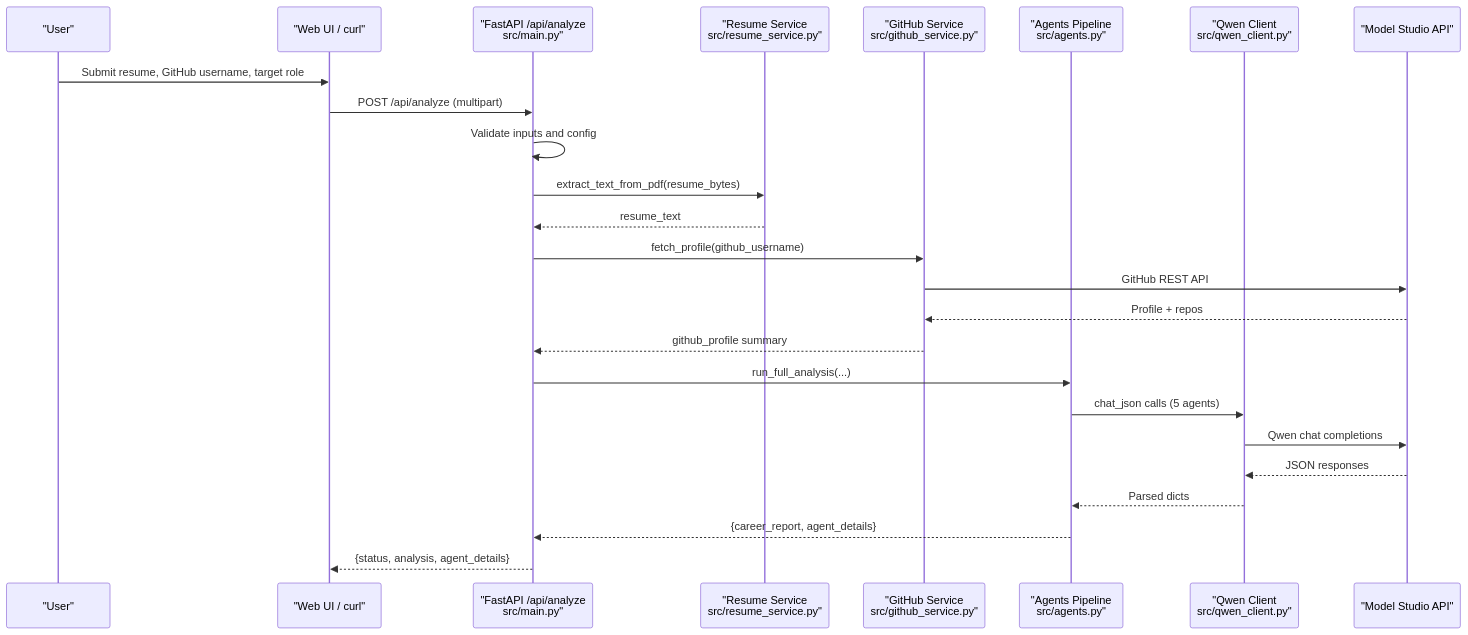
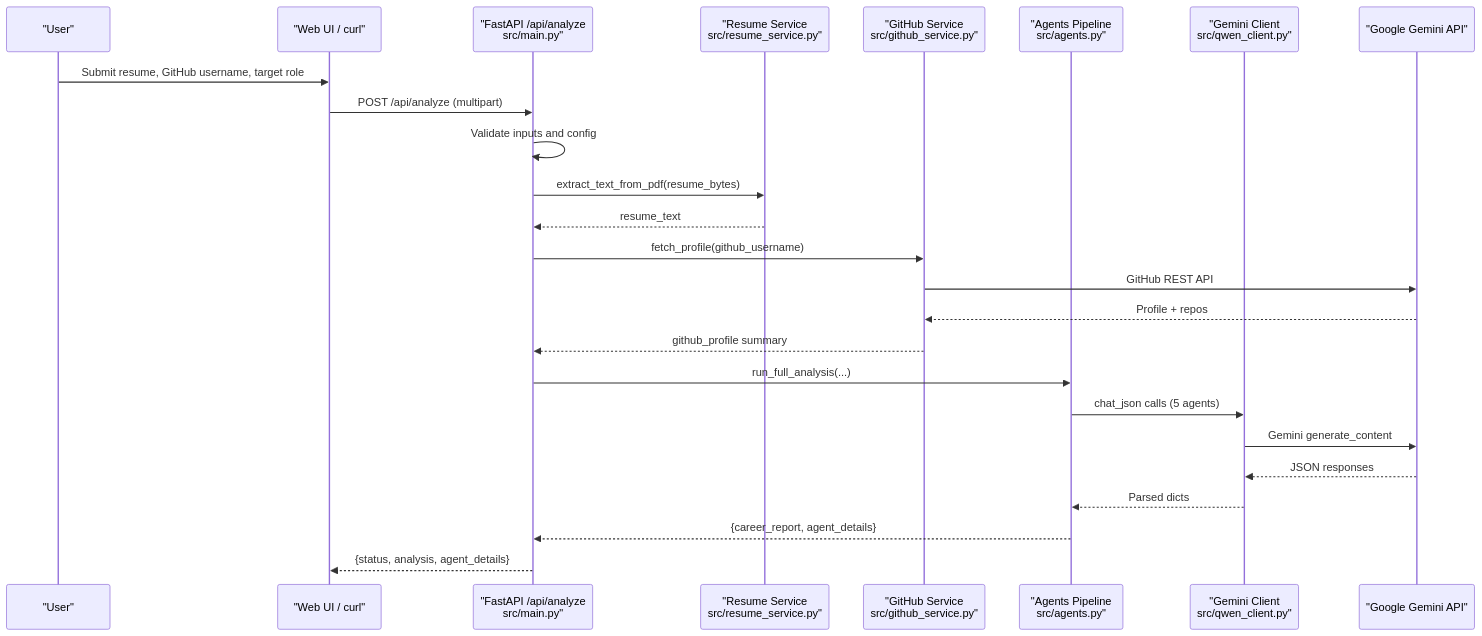
One commit to waqarimran342/CareerOS-AI changed the second of 4 diagrams in .qoder/repowiki/en/content/Getting Started.md. Above: the diagram before and after it, drawn with Mermaid. The commit also changed other lines of this file and 32 other files, not shown here.

````diff
--- a/.qoder/repowiki/en/content/Getting Started.md
+++ b/.qoder/repowiki/en/content/Getting Started.md
@@ -187,27 +196,27 @@
 ```mermaid
 sequenceDiagram
 participant U as "User"
 participant W as "Web UI / curl"
 participant M as "FastAPI /api/analyze<br/>src/main.py"
 participant R as "Resume Service<br/>src/resume_service.py"
 participant G as "GitHub Service<br/>src/github_service.py"
 participant A as "Agents Pipeline<br/>src/agents.py"
-participant Q as "Qwen Client<br/>src/qwen_client.py"
-participant S as "Model Studio API"
+participant Q as "Gemini Client<br/>src/qwen_client.py"
+participant S as "Google Gemini API"
 U->>W : Submit resume, GitHub username, target role
 W->>M : POST /api/analyze (multipart)
 M->>M : Validate inputs and config
 M->>R : extract_text_from_pdf(resume_bytes)
 R-->>M : resume_text
 M->>G : fetch_profile(github_username)
 G->>S : GitHub REST API
 S-->>G : Profile + repos
 G-->>M : github_profile summary
 M->>A : run_full_analysis(...)
 A->>Q : chat_json calls (5 agents)
-Q->>S : Qwen chat completions
+Q->>S : Gemini generate_content
 S-->>Q : JSON responses
 Q-->>A : Parsed dicts
 A-->>M : {career_report, agent_details}
 M-->>W : {status, analysis, agent_details}
 ```
````
